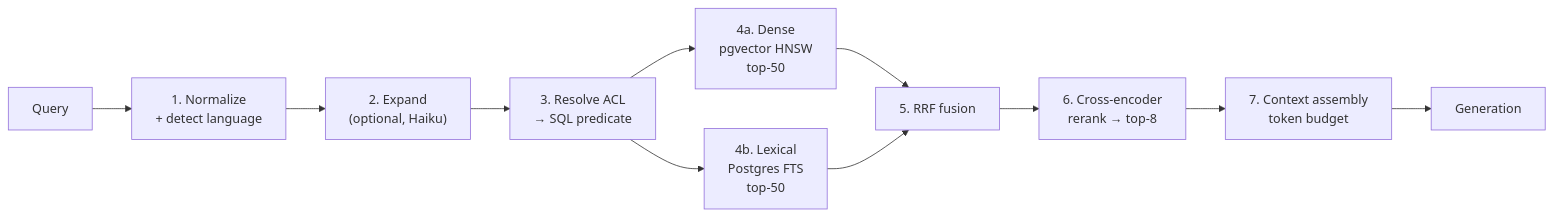
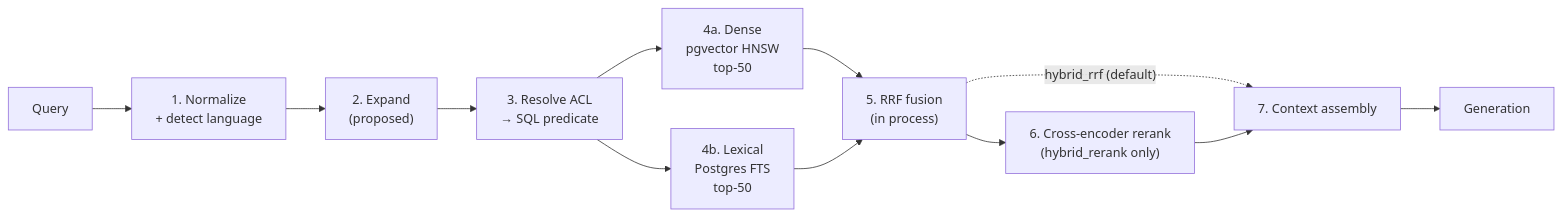
Before and after one commit to fsoaz/enterprise-rag: the second of 2 diagrams in docs/context/architecture.md, drawn with Mermaid. The commit also changed other lines of this file and 16 other files, not shown here.

````diff
--- a/docs/context/architecture.md
+++ b/docs/context/architecture.md
@@ -366,13 +386,14 @@
 ```mermaid
 flowchart LR
     Q["Query"] --> N["1. Normalize<br/>+ detect language"]
-    N --> E["2. Expand<br/>(optional, Haiku)"]
+    N --> E["2. Expand<br/>(proposed)"]
     E --> ACL["3. Resolve ACL<br/>→ SQL predicate"]
     ACL --> D["4a. Dense<br/>pgvector HNSW<br/>top-50"]
     ACL --> L["4b. Lexical<br/>Postgres FTS<br/>top-50"]
-    D --> F["5. RRF fusion"]
+    D --> F["5. RRF fusion<br/>(in process)"]
     L --> F
-    F --> R["6. Cross-encoder<br/>rerank → top-8"]
-    R --> C["7. Context assembly<br/>token budget"]
+    F --> R["6. Cross-encoder rerank<br/>(hybrid_rerank only)"]
+    F -.->|"hybrid_rrf (default)"| C
+    R --> C["7. Context assembly"]
     C --> G["Generation"]
 ```
````
